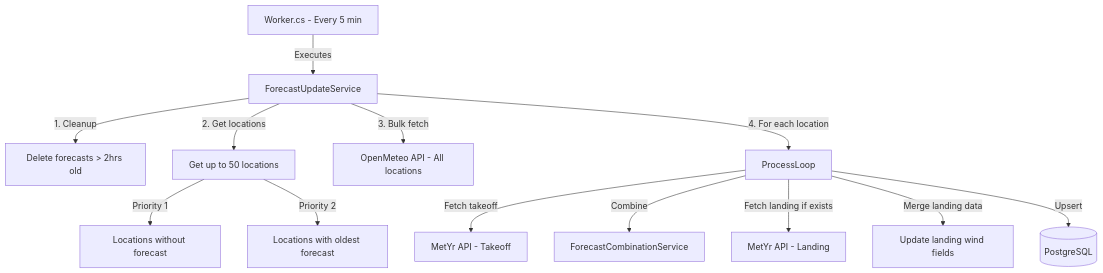
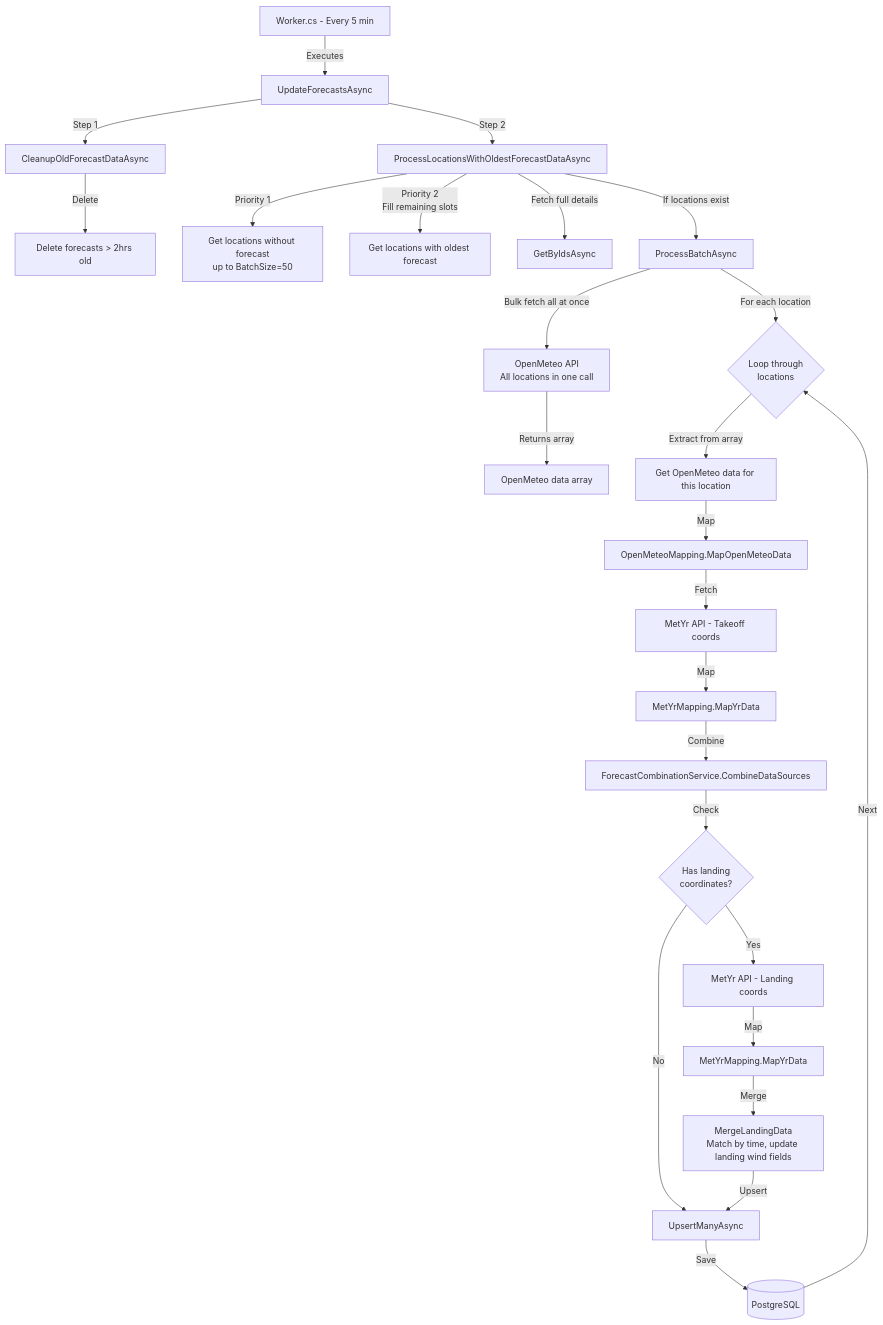
One commit to Frankwds/WindLordApi changed the diagram in src/WindLordApi.Worker/FlowDiagrams/ForecastUpdateService.md. Above: the diagram before and after it, drawn with Mermaid. The commit also changed other lines of this file and 2 other files, not shown here.

Commit message:
Create mermaid diagrams for all work flows

````diff
--- a/src/WindLordApi.Worker/FlowDiagrams/ForecastUpdateService.md
+++ b/src/WindLordApi.Worker/FlowDiagrams/ForecastUpdateService.md
@@ -5,15 +5,32 @@
 ```mermaid
 flowchart TB
-    Worker[Worker.cs - Every 5 min] -->|Executes| ForecastUpdateService
-    ForecastUpdateService -->|1. Cleanup| DeleteOld[Delete forecasts > 2hrs old]
-    ForecastUpdateService -->|2. Get locations| GetLocations[Get up to 50 locations]
-    GetLocations -->|Priority 1| NoForecast[Locations without forecast]
-    GetLocations -->|Priority 2| OldForecast[Locations with oldest forecast]
-    ForecastUpdateService -->|3. Bulk fetch| OpenMeteo[OpenMeteo API - All locations]
-    ForecastUpdateService -->|4. For each location| ProcessLoop
-    ProcessLoop -->|Fetch takeoff| MetYr1[MetYr API - Takeoff]
-    ProcessLoop -->|Combine| Combine[ForecastCombinationService]
-    ProcessLoop -->|Fetch landing if exists| MetYr2[MetYr API - Landing]
-    ProcessLoop -->|Merge landing data| Merge[Update landing wind fields]
-    ProcessLoop -->|Upsert| DB[(PostgreSQL)]
+    Worker[Worker.cs - Every 5 min] -->|Executes| UpdateForecasts[UpdateForecastsAsync]
+    UpdateForecasts -->|Step 1| Cleanup[CleanupOldForecastDataAsync]
+    Cleanup -->|Delete| DeleteOld[Delete forecasts > 2hrs old]
+
+    UpdateForecasts -->|Step 2| ProcessLocations[ProcessLocationsWithOldestForecastDataAsync]
+    ProcessLocations -->|Priority 1| NoForecast[Get locations without forecast<br/>up to BatchSize=50]
+    ProcessLocations -->|Priority 2<br/>Fill remaining slots| OldForecast[Get locations with oldest forecast]
+    ProcessLocations -->|Fetch full details| GetByIds[GetByIdsAsync]
+    ProcessLocations -->|If locations exist| ProcessBatch[ProcessBatchAsync]
+
+    ProcessBatch -->|Bulk fetch all at once| OpenMeteo[OpenMeteo API<br/>All locations in one call]
+    OpenMeteo -->|Returns array| MeteoArray[OpenMeteo data array]
+
+    ProcessBatch -->|For each location| Loop{Loop through<br/>locations}
+    Loop -->|Extract from array| ExtractMeteo[Get OpenMeteo data for this location]
+    ExtractMeteo -->|Map| MapMeteo[OpenMeteoMapping.MapOpenMeteoData]
+    MapMeteo -->|Fetch| MetYrTakeoff[MetYr API - Takeoff coords]
+    MetYrTakeoff -->|Map| MapYrTakeoff[MetYrMapping.MapYrData]
+    MapYrTakeoff -->|Combine| Combine[ForecastCombinationService.CombineDataSources]
+
+    Combine -->|Check| HasLanding{Has landing<br/>coordinates?}
+    HasLanding -->|Yes| MetYrLanding[MetYr API - Landing coords]
+    MetYrLanding -->|Map| MapYrLanding[MetYrMapping.MapYrData]
+    MapYrLanding -->|Merge| MergeLanding[MergeLandingData<br/>Match by time, update landing wind fields]
+
+    HasLanding -->|No| Upsert[UpsertManyAsync]
+    MergeLanding -->|Upsert| Upsert
+    Upsert -->|Save| DB[(PostgreSQL)]
+    DB -->|Next| Loop
 ```
````
